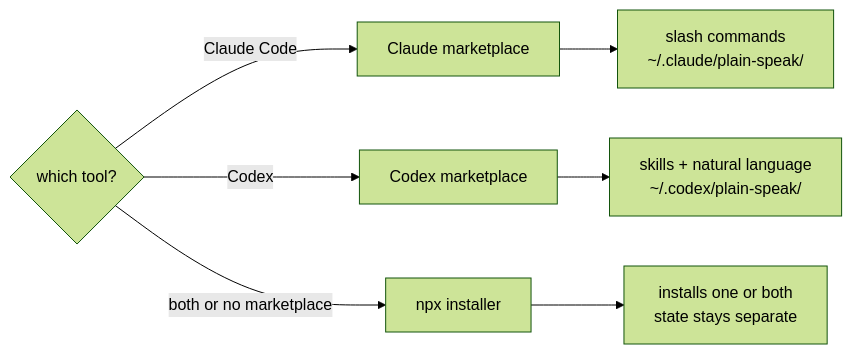
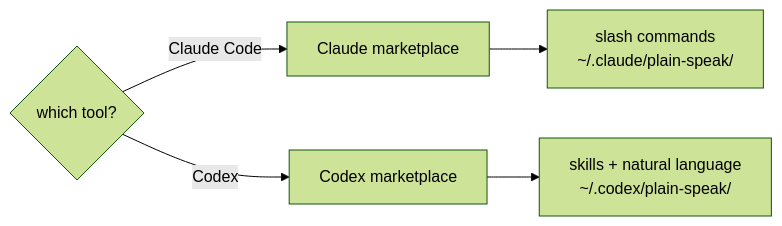
One commit to rnzsanchez/plain-speak changed the diagram in docs/install.md. Above: the diagram before and after it, drawn with Mermaid (forest theme). The commit also changed other lines of this file and 3 other files, not shown here.

````diff
--- a/docs/install.md
+++ b/docs/install.md
@@ -5,9 +5,7 @@
 ```mermaid
 flowchart LR
     Q{"which tool?"} -->|"Claude Code"| C["Claude marketplace"]
     Q -->|"Codex"| X["Codex marketplace"]
-    Q -->|"both or no marketplace"| N["npx installer"]
     C --> C1["slash commands<br/>~/.claude/plain-speak/"]
     X --> X1["skills + natural language<br/>~/.codex/plain-speak/"]
-    N --> B["installs one or both<br/>state stays separate"]
 ```
````
